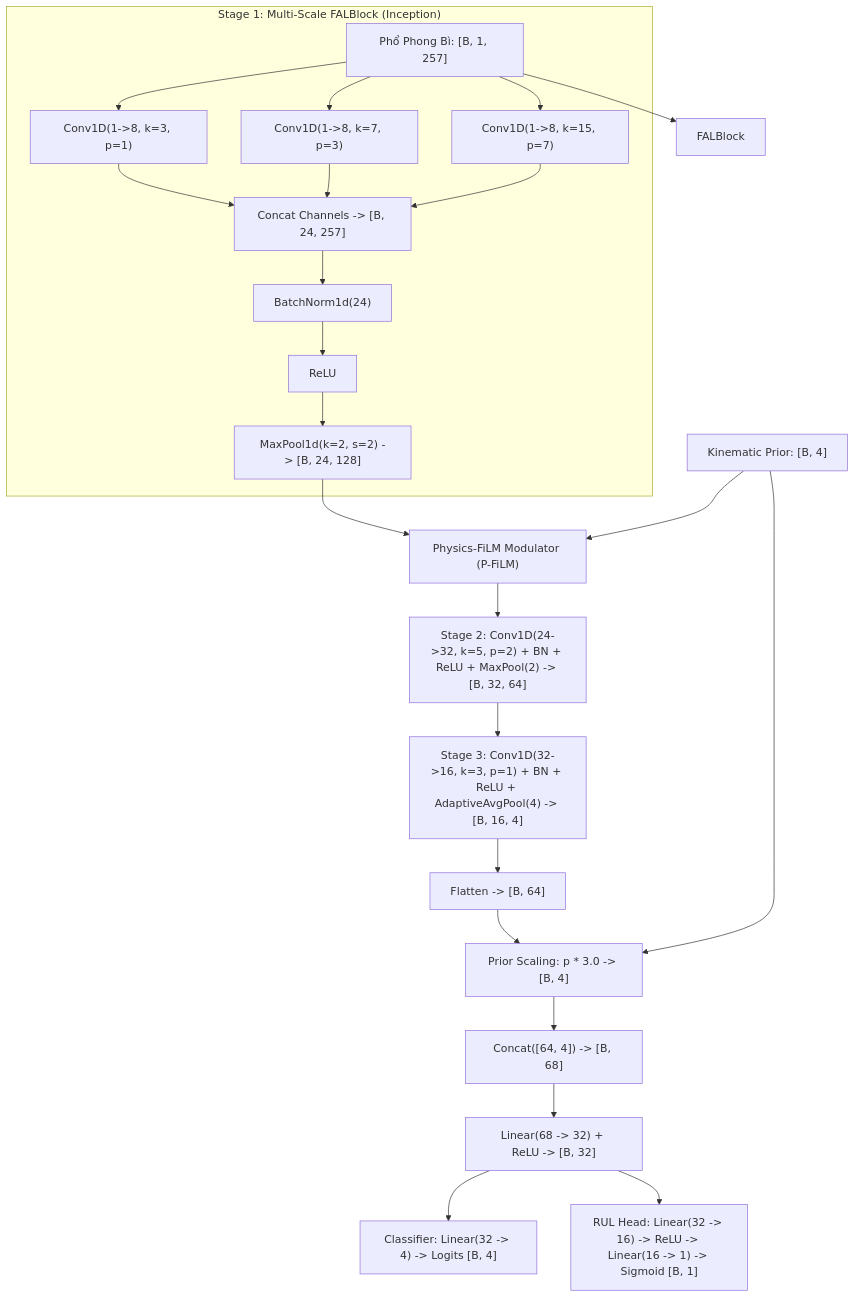
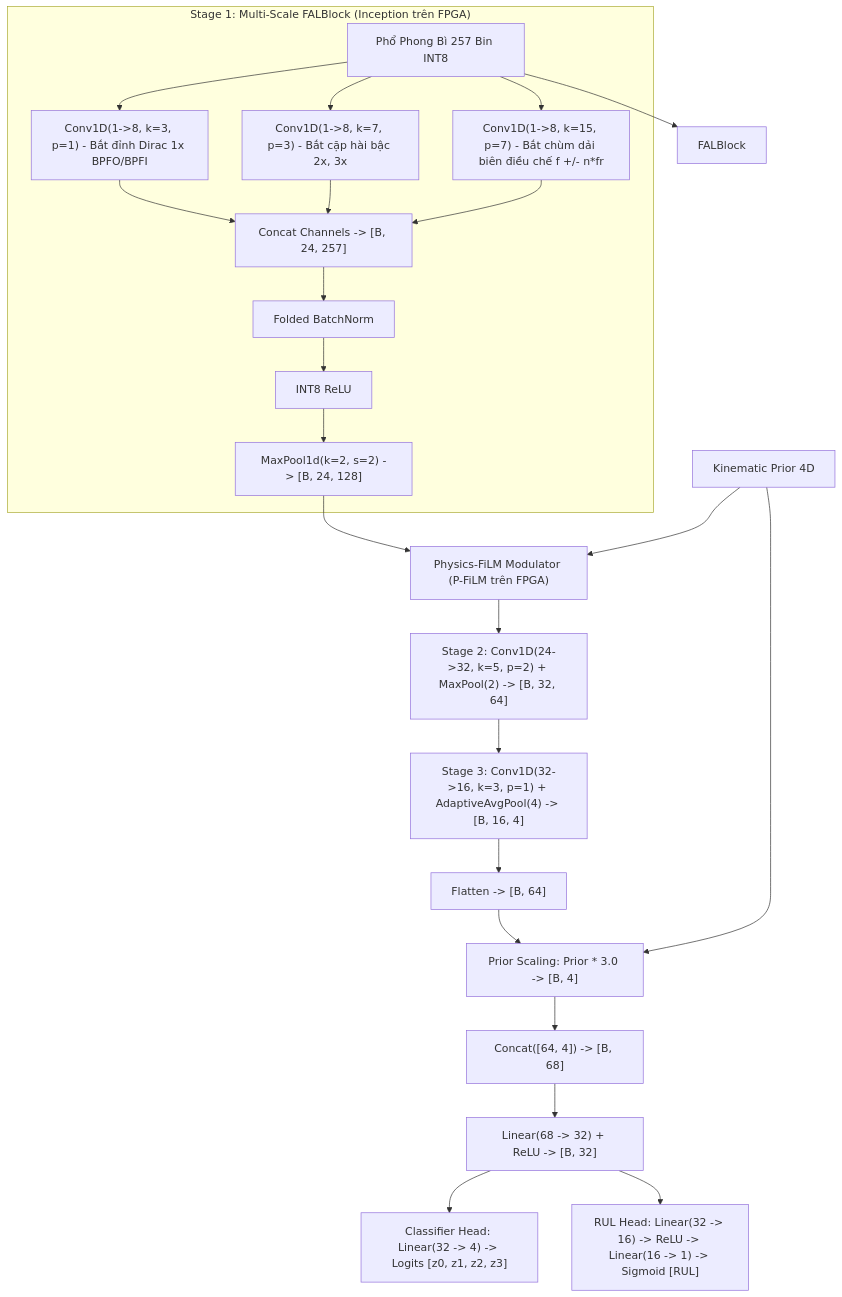
Before and after one commit to zok213/VIbraDistill: the third of 6 diagrams in docs/AI_ARCHITECTURE_DEEP_DIVE.md, drawn with Mermaid. The commit also changed other lines of this file and 1 other file, not shown here.

Commit message:
fix(docs): resolve architecture conflict - clarify 100% AI inference runs on FPGA and MCU is purely SIL-2 supervisor

````diff
--- a/docs/AI_ARCHITECTURE_DEEP_DIVE.md
+++ b/docs/AI_ARCHITECTURE_DEEP_DIVE.md
@@ -137,31 +153,31 @@
 ```mermaid
 graph TD
-    In["Phổ Phong Bì: [B, 1, 257]"] --> FALBlock
+    In["Phổ Phong Bì 257 Bin INT8"] --> FALBlock
     
-    subgraph FAL ["Stage 1: Multi-Scale FALBlock (Inception)"]
-        In --> Conv3["Conv1D(1->8, k=3, p=1)"]
-        In --> Conv7["Conv1D(1->8, k=7, p=3)"]
-        In --> Conv15["Conv1D(1->8, k=15, p=7)"]
+    subgraph FAL ["Stage 1: Multi-Scale FALBlock (Inception trên FPGA)"]
+        In --> Conv3["Conv1D(1->8, k=3, p=1) - Bắt đỉnh Dirac 1x BPFO/BPFI"]
+        In --> Conv7["Conv1D(1->8, k=7, p=3) - Bắt cặp hài bậc 2x, 3x"]
+        In --> Conv15["Conv1D(1->8, k=15, p=7) - Bắt chùm dải biên điều chế f +/- n*fr"]
         Conv3 --> Concat["Concat Channels -> [B, 24, 257]"]
         Conv7 --> Concat
         Conv15 --> Concat
-        Concat --> BN1["BatchNorm1d(24)"]
-        BN1 --> ReLU1["ReLU"]
+        Concat --> BN1["Folded BatchNorm"]
+        BN1 --> ReLU1["INT8 ReLU"]
         ReLU1 --> Pool1["MaxPool1d(k=2, s=2) -> [B, 24, 128]"]
     end
     
-    Pool1 --> PFiLM["Physics-FiLM Modulator (P-FiLM)"]
-    Prior["Kinematic Prior: [B, 4]"] --> PFiLM
+    Pool1 --> PFiLM["Physics-FiLM Modulator (P-FiLM trên FPGA)"]
+    Prior["Kinematic Prior 4D"] --> PFiLM
     
-    PFiLM --> Stage2["Stage 2: Conv1D(24->32, k=5, p=2) + BN + ReLU + MaxPool(2) -> [B, 32, 64]"]
-    Stage2 --> Stage3["Stage 3: Conv1D(32->16, k=3, p=1) + BN + ReLU + AdaptiveAvgPool(4) -> [B, 16, 4]"]
+    PFiLM --> Stage2["Stage 2: Conv1D(24->32, k=5, p=2) + MaxPool(2) -> [B, 32, 64]"]
+    Stage2 --> Stage3["Stage 3: Conv1D(32->16, k=3, p=1) + AdaptiveAvgPool(4) -> [B, 16, 4]"]
     Stage3 --> Flatten["Flatten -> [B, 64]"]
     
-    Flatten --> ScalePrior["Prior Scaling: p * 3.0 -> [B, 4]"]
+    Flatten --> ScalePrior["Prior Scaling: Prior * 3.0 -> [B, 4]"]
     Prior --> ScalePrior
     ScalePrior --> FusionConcat["Concat([64, 4]) -> [B, 68]"]
     
     FusionConcat --> FusionFC["Linear(68 -> 32) + ReLU -> [B, 32]"]
-    FusionFC --> Cls["Classifier: Linear(32 -> 4) -> Logits [B, 4]"]
-    FusionFC --> RUL["RUL Head: Linear(32 -> 16) -> ReLU -> Linear(16 -> 1) -> Sigmoid [B, 1]"]
+    FusionFC --> Cls["Classifier Head: Linear(32 -> 4) -> Logits [z0, z1, z2, z3]"]
+    FusionFC --> RUL["RUL Head: Linear(32 -> 16) -> ReLU -> Linear(16 -> 1) -> Sigmoid [RUL]"]
 ```
````
